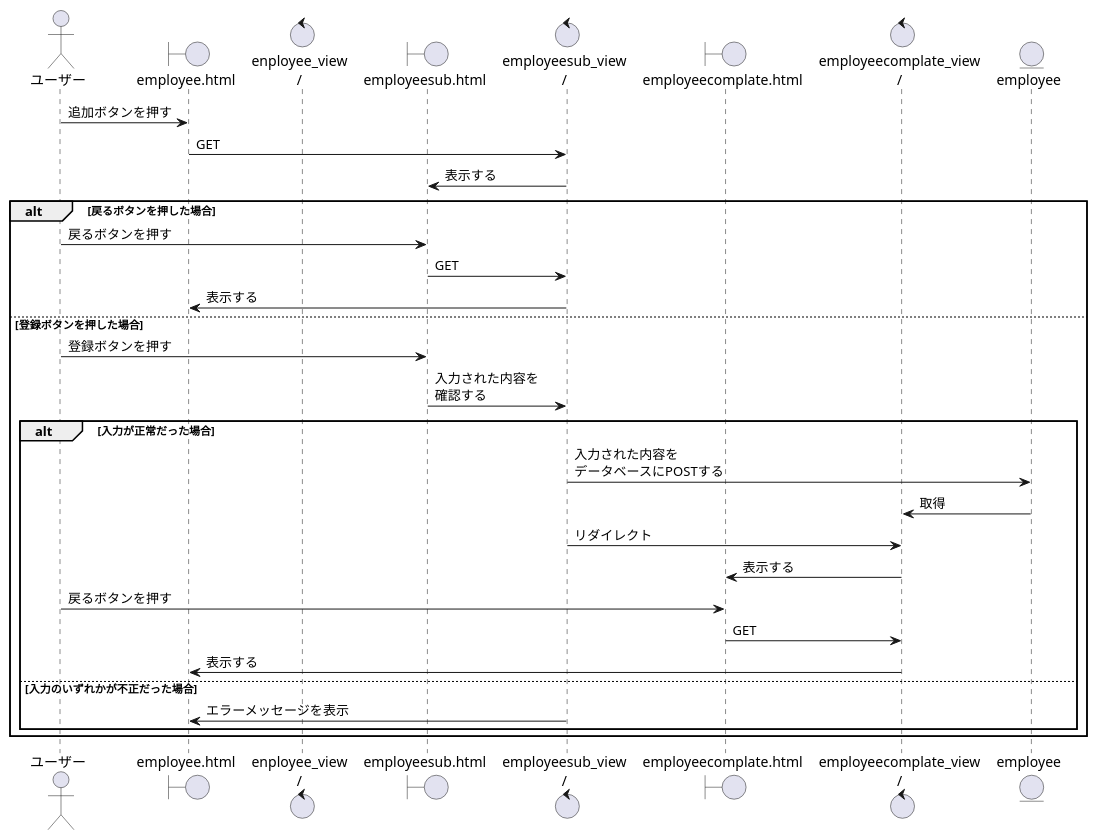
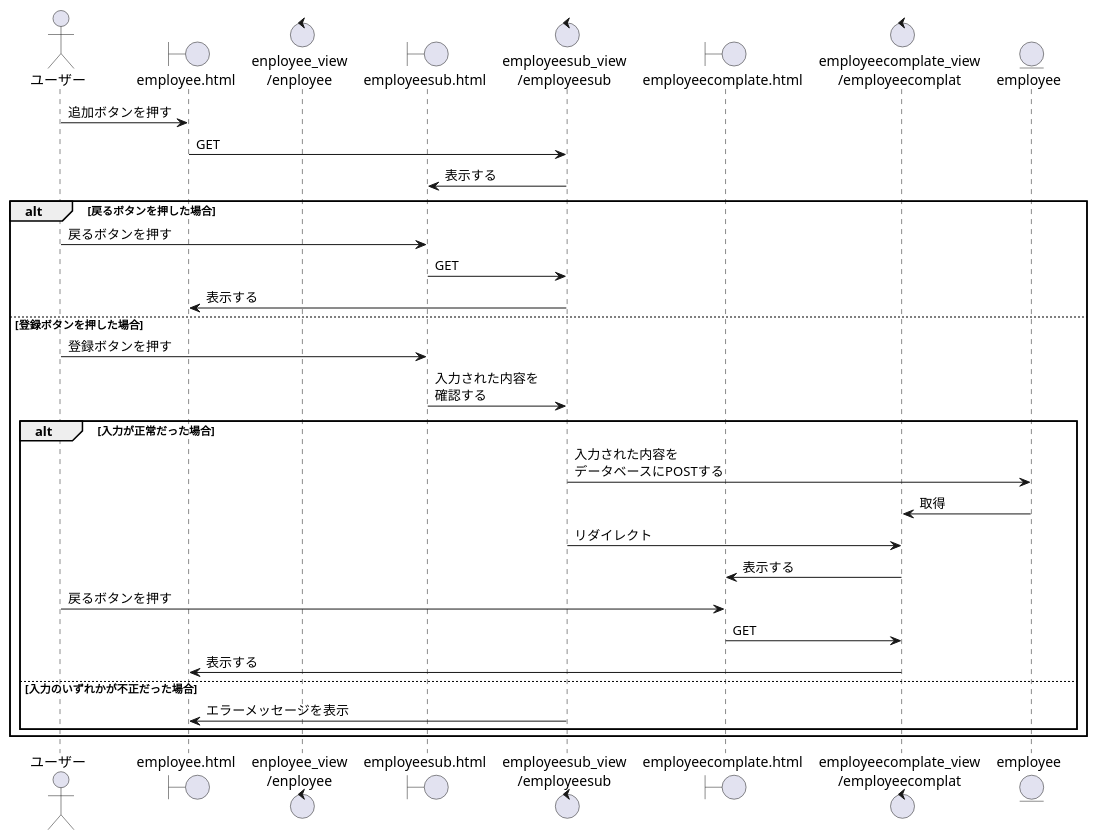
One commit to RK0309-art/gith_full_course changed diagram 12 of 14 in シーケンス図_書籍検索システム_django.puml. Above: the diagram before and after it, drawn with PlantUML. The commit also changed other lines of this file, not shown here.

```diff
--- a/シーケンス図_書籍検索システム_django.puml
+++ b/シーケンス図_書籍検索システム_django.puml
@@ -195,41 +194,41 @@
 @startuml 従業員を登録する
 
 actor ユーザー as U
 boundary "employee.html" as EH
-control "enployee_view\n/" as EV
+control "enployee_view\n/enployee" as EV
 boundary "employeesub.html" as SH
-control "employeesub_view\n/" as SV
+control "employeesub_view\n/employeesub" as SV
 boundary "employeecomplate.html" as CH
-control "employeecomplate_view\n/" as CV
+control "employeecomplate_view\n/employeecomplat" as CV
 entity "employee" as E
 
 U -> EH : 追加ボタンを押す
 EH -> SV : GET
 SV -> SH :表示する
 
 alt 戻るボタンを押した場合
 U -> SH :戻るボタンを押す
 SH -> SV :GET
 SV -> EH :表示する
 
 else 登録ボタンを押した場合
 U -> SH :登録ボタンを押す
 SH -> SV : 入力された内容を\n確認する
 
 alt 入力が正常だった場合
 SV -> E :入力された内容を\nデータベースにPOSTする
 E -> CV : 取得
 SV -> CV : リダイレクト
 CV -> CH : 表示する
 U -> CH :戻るボタンを押す
 CH -> CV : GET
 CV -> EH :表示する
 
 else 入力のいずれかが不正だった場合
 SV -> EH : エラーメッセージを表示
 
 end
 end
 
 
 @enduml
```
